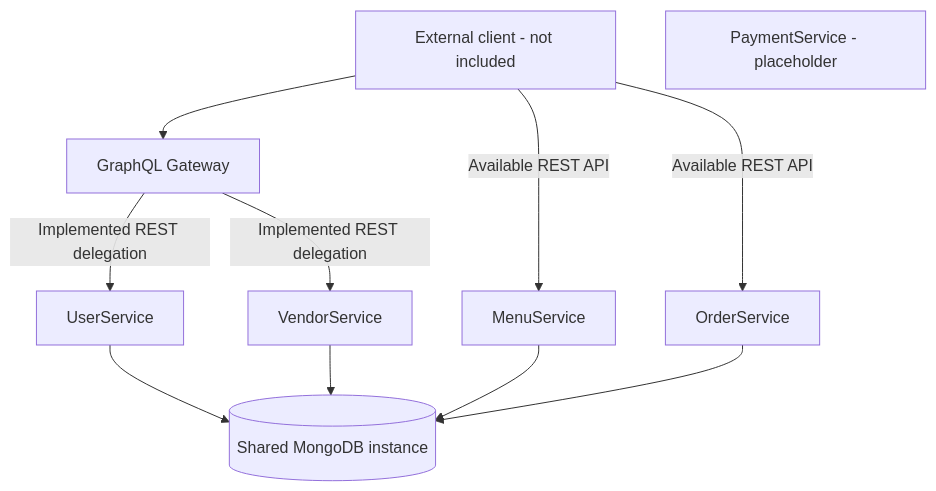
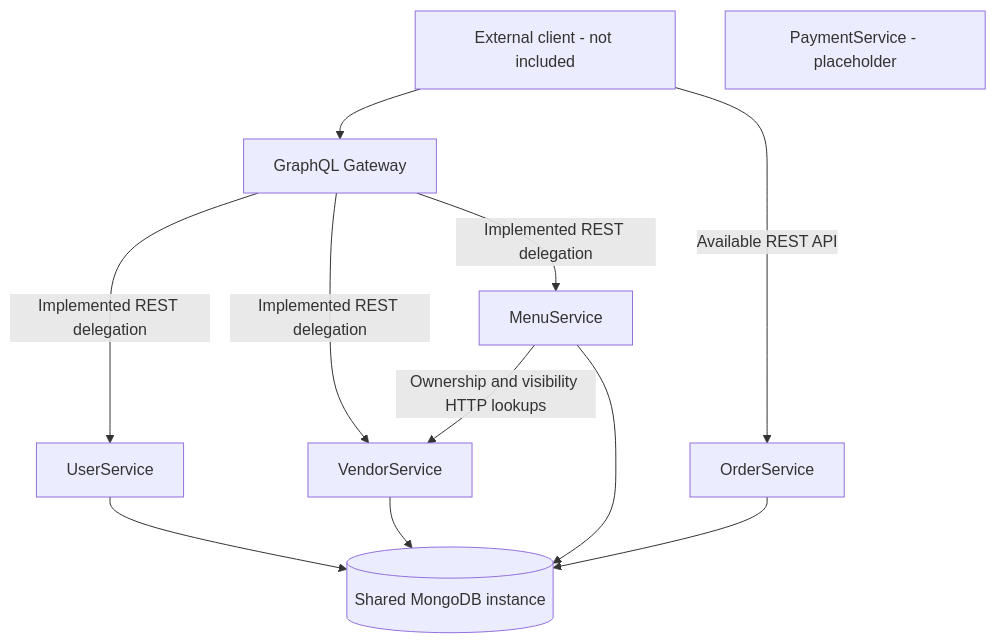
The first of 2 diagrams in architecture.md (Vansh-Singhal/MunchMap), drawn with Mermaid before and after one commit. The commit also changed other lines of this file and 27 other files, not shown here.

First line of the commit message:
Add menu GraphQL integration and harden service

````diff
--- a/architecture.md
+++ b/architecture.md
@@ -26,13 +26,14 @@
 ```mermaid
 flowchart TD
     Client[External client - not included] --> Gateway[GraphQL Gateway]
     Gateway -->|Implemented REST delegation| User[UserService]
     Gateway -->|Implemented REST delegation| Vendor[VendorService]
-    Client -->|Available REST API| Menu[MenuService]
+    Gateway -->|Implemented REST delegation| Menu[MenuService]
+    Menu -->|Ownership and visibility HTTP lookups| Vendor
     Client -->|Available REST API| Order[OrderService]
     User --> Mongo[(Shared MongoDB instance)]
     Vendor --> Mongo
     Menu --> Mongo
     Order --> Mongo
     Payment[PaymentService - placeholder]
 ```
````
